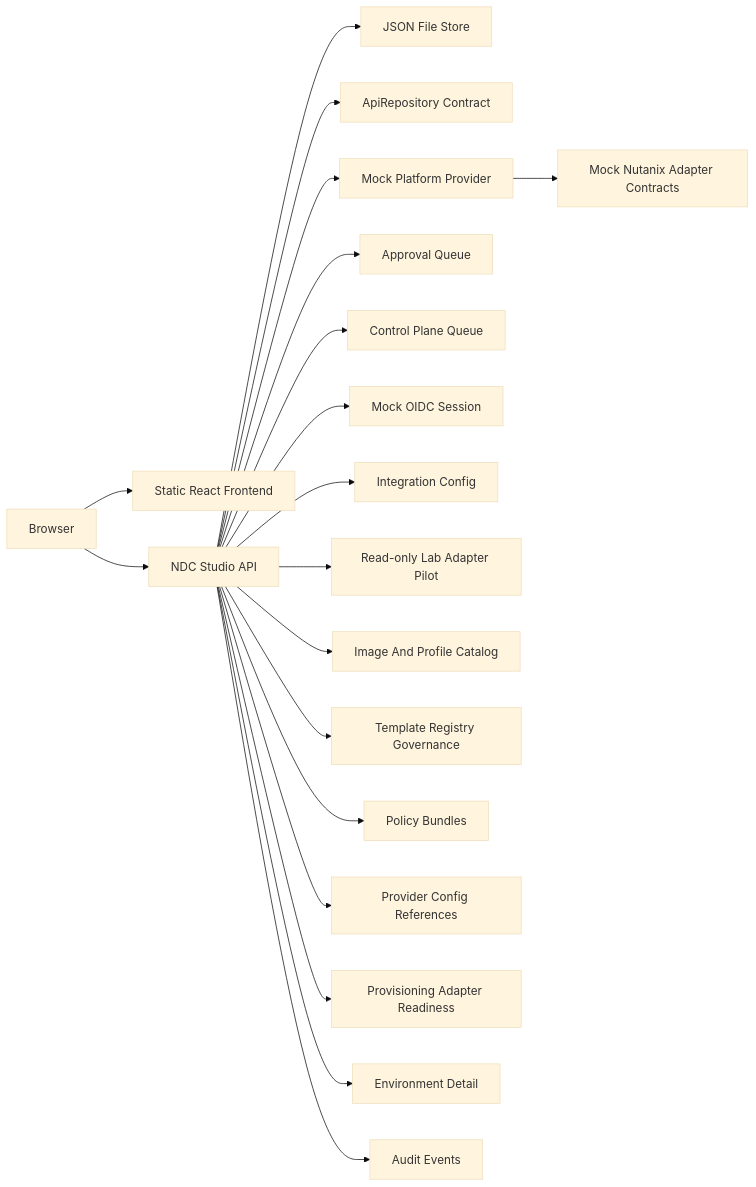
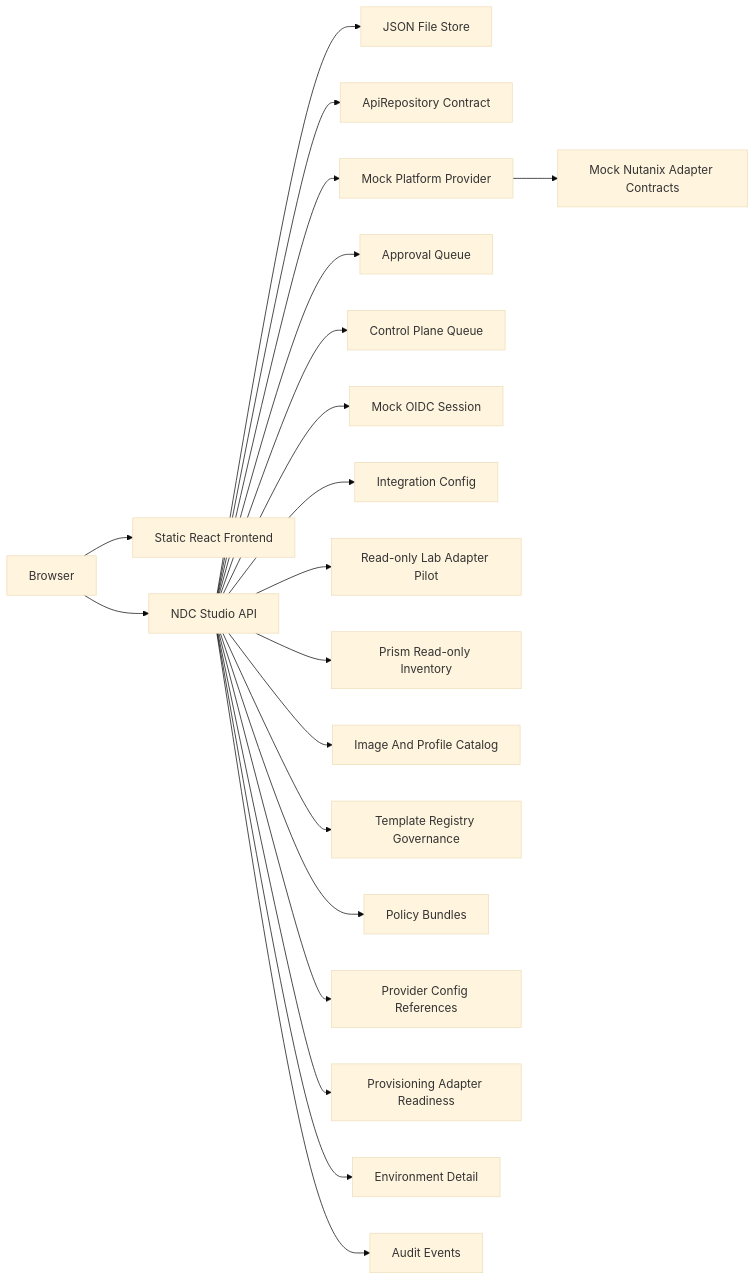
Before and after one commit to VirtuArchitect/nutanix-developer-cloud-studio: the second of 2 diagrams in docs/architecture.md, drawn with Mermaid (base theme). The commit also changed other lines of this file and 23 other files, not shown here.

Commit message:
Add v0.8 Prism read-only inventory

````diff
--- a/docs/architecture.md
+++ b/docs/architecture.md
@@ -21,21 +21,22 @@
 ```mermaid
 flowchart LR
     Browser["Browser"] --> Web["Static React Frontend"]
     Browser --> Api["NDC Studio API"]
     Api --> Store["JSON File Store"]
     Api --> Repo["ApiRepository Contract"]
     Api --> Provider["Mock Platform Provider"]
     Provider --> Adapters["Mock Nutanix Adapter Contracts"]
     Api --> Approvals["Approval Queue"]
     Api --> Queue["Control Plane Queue"]
     Api --> Identity["Mock OIDC Session"]
     Api --> Config["Integration Config"]
     Api --> LabAdapters["Read-only Lab Adapter Pilot"]
+    Api --> PrismInventory["Prism Read-only Inventory"]
     Api --> Inventory["Image And Profile Catalog"]
     Api --> Registry["Template Registry Governance"]
     Api --> Bundles["Policy Bundles"]
     Api --> ProviderConfig["Provider Config References"]
     Api --> AdapterReadiness["Provisioning Adapter Readiness"]
     Api --> Details["Environment Detail"]
     Api --> Audit["Audit Events"]
 ```
````
